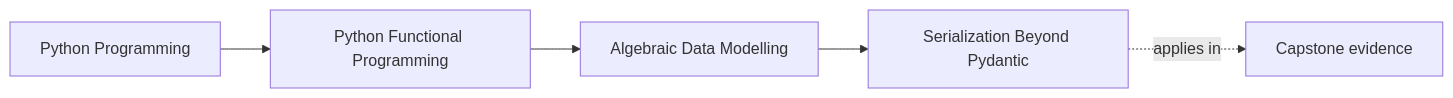
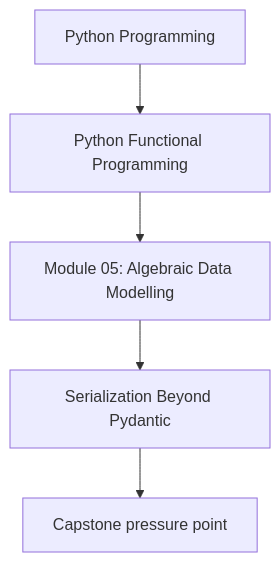
One commit to bijux/bijux-masterclass changed the first of 2 diagrams in programs/python-programming/python-functional-programming/course-book/module-05-algebraic-data-modelling/serialization-beyond-pydantic.md. Above: the diagram before and after it, drawn with Mermaid. The commit also changed other lines of this file and 118 other files, not shown here.

Commit message:
docs(python-functional-programming): align concept page diagrams

````diff
--- a/programs/python-programming/python-functional-programming/course-book/module-05-algebraic-data-modelling/serialization-beyond-pydantic.md
+++ b/programs/python-programming/python-functional-programming/course-book/module-05-algebraic-data-modelling/serialization-beyond-pydantic.md
@@ -7,11 +7,7 @@
 ```mermaid
-graph LR
-  family["Python Programming"]
-  program["Python Functional Programming"]
-  section["Algebraic Data Modelling"]
-  page["Serialization Beyond Pydantic"]
-  capstone["Capstone evidence"]
-
-  family --> program --> section --> page
-  page -.applies in.-> capstone
+flowchart TD
+  family["Python Programming"] --> program["Python Functional Programming"]
+  program --> module["Module 05: Algebraic Data Modelling"]
+  module --> concept["Serialization Beyond Pydantic"]
+  concept --> capstone["Capstone pressure point"]
 ```
````
